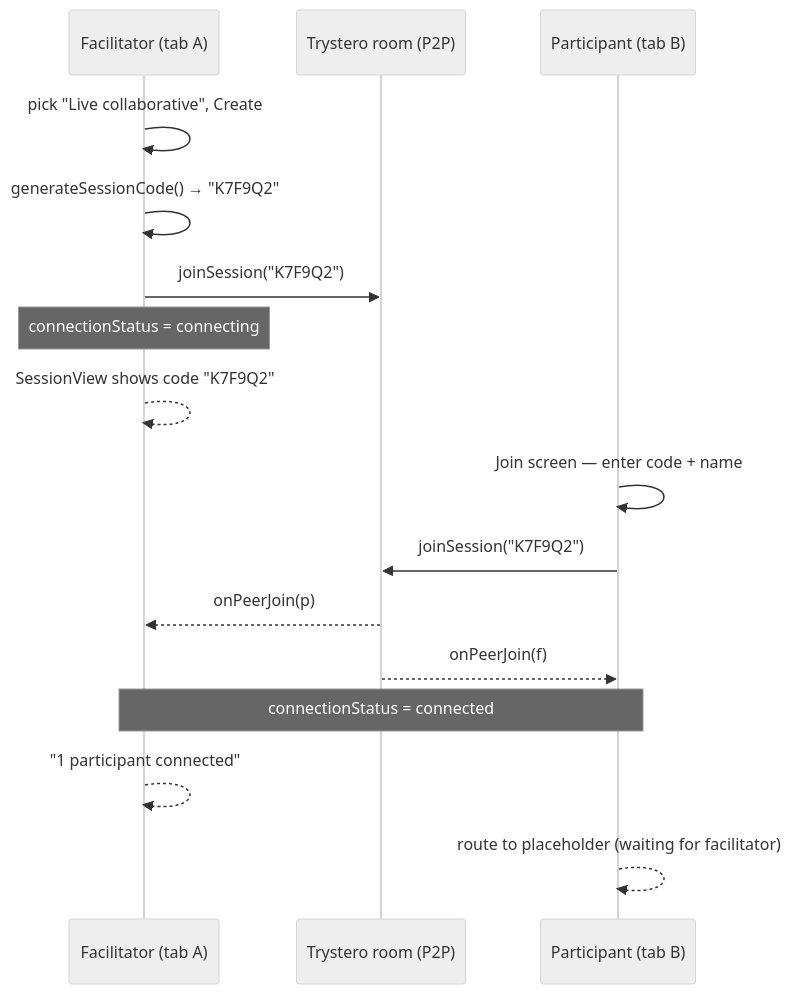
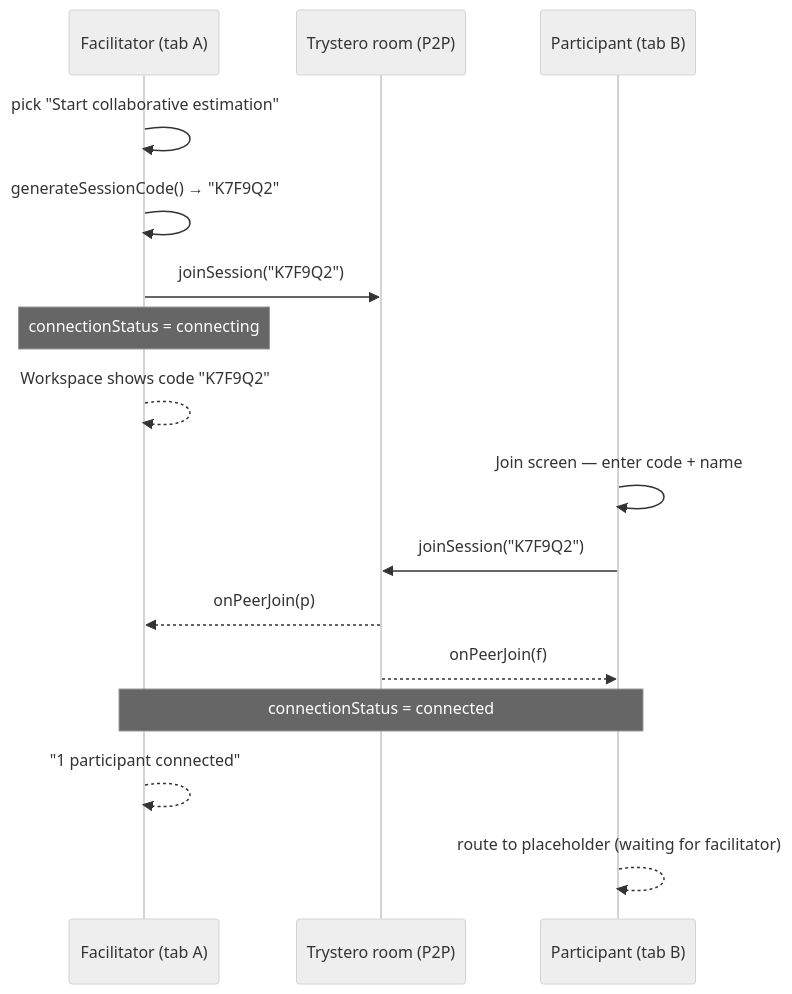
Before and after one commit to cfisch3r/estimate: the second of 4 diagrams in docs/concepts/collaboration-mode.md, drawn with Mermaid (neutral theme). The commit also changed other lines of this file and 40 other files, not shown here.

````diff
--- a/docs/concepts/collaboration-mode.md
+++ b/docs/concepts/collaboration-mode.md
@@ -114,20 +115,20 @@
 ```mermaid
 sequenceDiagram
   participant F as Facilitator (tab A)
   participant R as Trystero room (P2P)
   participant P as Participant (tab B)
 
-  F->>F: pick "Live collaborative", Create
+  F->>F: pick "Start collaborative estimation"
   F->>F: generateSessionCode() → "K7F9Q2"
   F->>R: joinSession("K7F9Q2")
   Note over F: connectionStatus = connecting
-  F-->>F: SessionView shows code "K7F9Q2"
+  F-->>F: Workspace shows code "K7F9Q2"
 
   P->>P: Join screen — enter code + name
   P->>R: joinSession("K7F9Q2")
   R-->>F: onPeerJoin(p)
   R-->>P: onPeerJoin(f)
   Note over F,P: connectionStatus = connected
   F-->>F: "1 participant connected"
   P-->>P: route to placeholder (waiting for facilitator)
 ```
````
